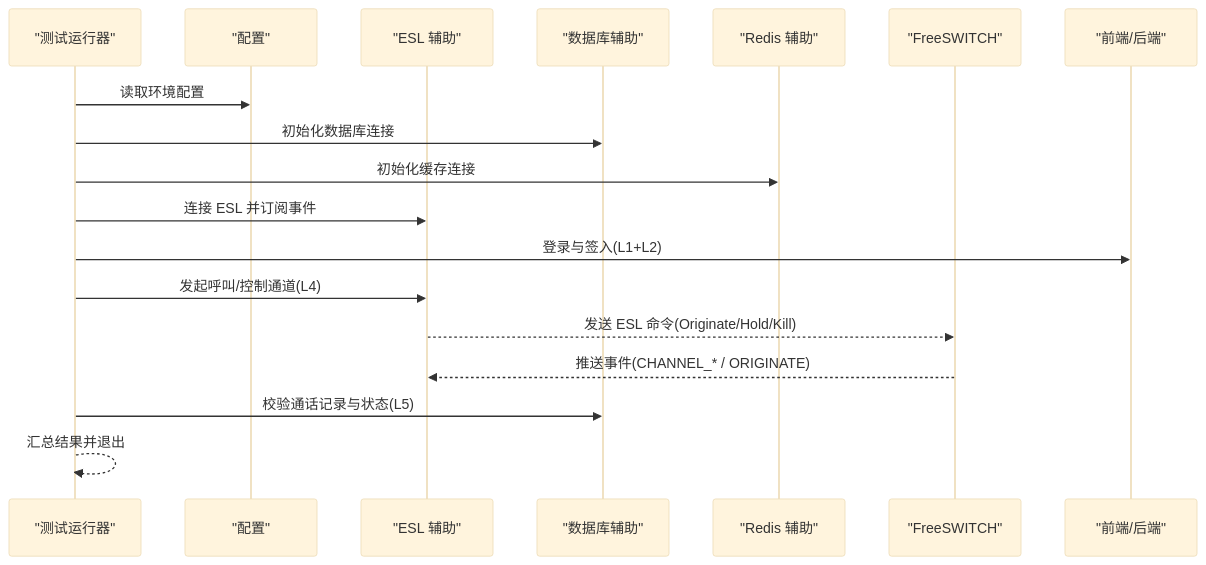
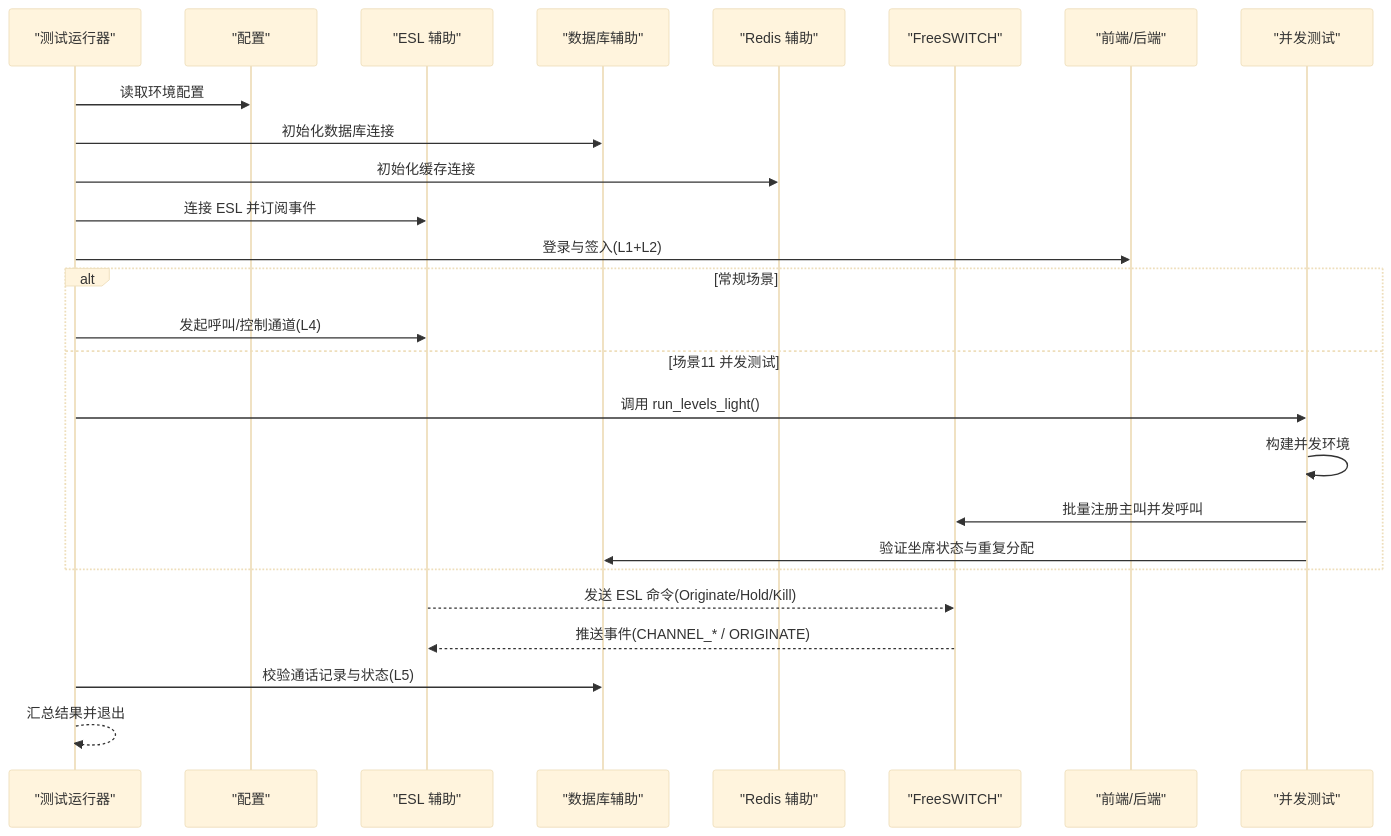
One commit to D2Moqi/open-ipcc changed the second of 6 diagrams in .qoder/repowiki/zh/content/IVR流程系统/流程测试工具.md. Above: the diagram before and after it, drawn with Mermaid (base theme). The commit also changed other lines of this file and 577 other files, not shown here.

````diff
--- a/.qoder/repowiki/zh/content/IVR流程系统/流程测试工具.md
+++ b/.qoder/repowiki/zh/content/IVR流程系统/流程测试工具.md
@@ -99,20 +129,28 @@
 ```mermaid
 sequenceDiagram
 participant Runner as "测试运行器"
 participant Config as "配置"
 participant ESL as "ESL 辅助"
 participant DB as "数据库辅助"
 participant Redis as "Redis 辅助"
 participant FS as "FreeSWITCH"
 participant Web as "前端/后端"
+participant Concurrent as "并发测试"
 Runner->>Config : 读取环境配置
 Runner->>DB : 初始化数据库连接
 Runner->>Redis : 初始化缓存连接
 Runner->>ESL : 连接 ESL 并订阅事件
 Runner->>Web : 登录与签入(L1+L2)
+alt 常规场景
 Runner->>ESL : 发起呼叫/控制通道(L4)
+else 场景11 并发测试
+Runner->>Concurrent : 调用 run_levels_light()
+Concurrent->>Concurrent : 构建并发环境
+Concurrent->>FS : 批量注册主叫并发呼叫
+Concurrent->>DB : 验证坐席状态与重复分配
+end
 ESL-->>FS : 发送 ESL 命令(Originate/Hold/Kill)
 FS-->>ESL : 推送事件(CHANNEL_* / ORIGINATE)
 Runner->>DB : 校验通话记录与状态(L5)
 Runner-->>Runner : 汇总结果并退出
 ```
````
